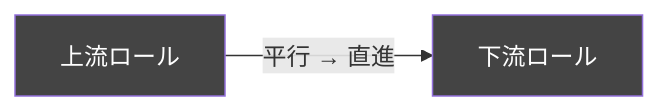
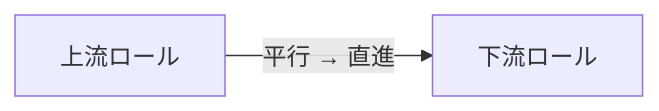
The first of 2 diagrams in docs/steering/mechanism.md (hajime-tech/web-handling), drawn with Mermaid before and after one commit. The commit also changed 4 other files, not shown here.

First line of the commit message:
ホーム刷新・MathJax設定追加・Mermaid色修正

````diff
--- a/docs/steering/mechanism.md
+++ b/docs/steering/mechanism.md
@@ -16,6 +16,4 @@
 ```mermaid
 flowchart LR
     A[上流ロール] -->|平行 → 直進| B[下流ロール]
-    style A fill:#444,color:#fff
-    style B fill:#444,color:#fff
 ```
````
